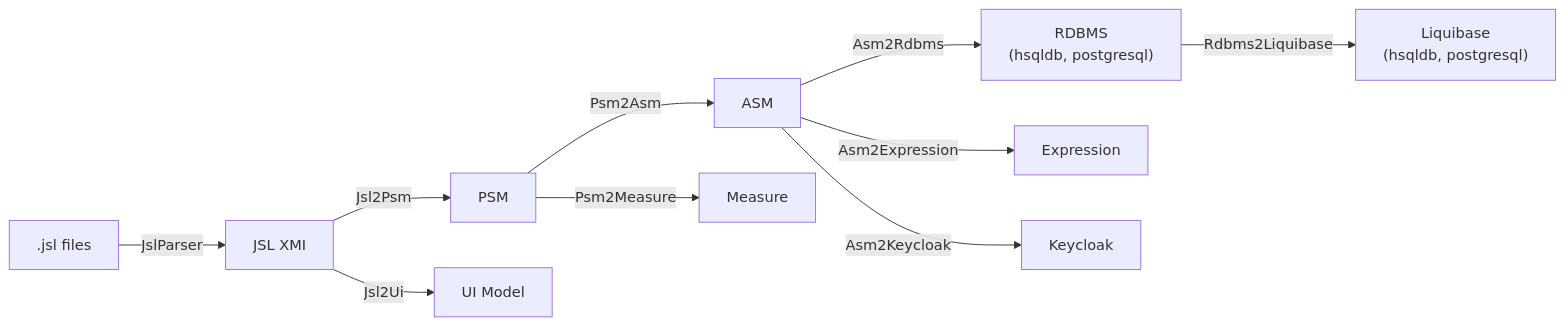
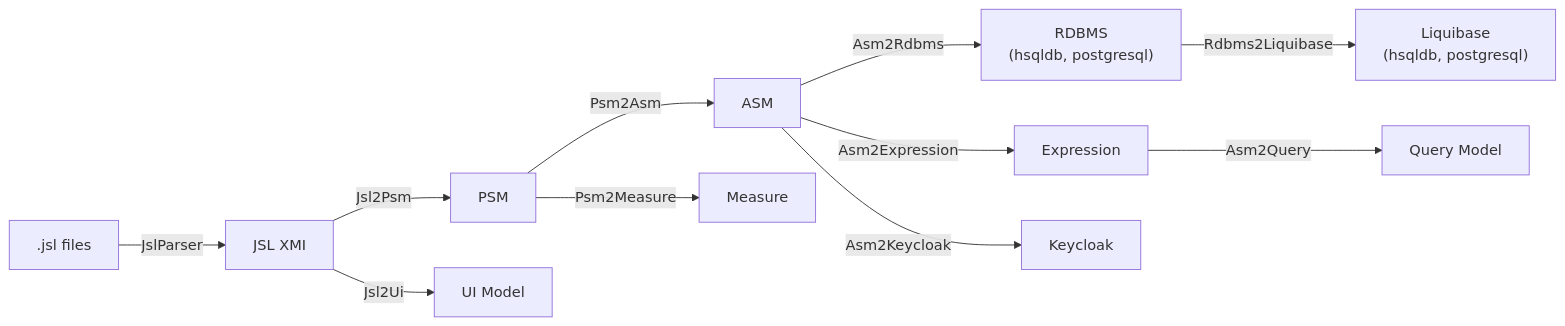
The diagram in docs/pages/judo-tatami-jsl-workflow-maven-plugin.md (BlackBeltTechnology/judo-tatami-jsl), drawn with Mermaid before and after one commit. The commit also changed other lines of this file and 688 other files, not shown here.

````diff
--- a/docs/pages/judo-tatami-jsl-workflow-maven-plugin.md
+++ b/docs/pages/judo-tatami-jsl-workflow-maven-plugin.md
@@ -35,12 +35,13 @@
 ```mermaid
 flowchart LR
     JslDsl[".jsl files"] -->|JslParser| JSL["JSL XMI"]
     JSL -->|Jsl2Psm| PSM
     JSL -->|Jsl2Ui| UI["UI Model"]
     PSM -->|Psm2Asm| ASM
     PSM -->|Psm2Measure| Measure
     ASM -->|Asm2Rdbms| RDBMS["RDBMS<br/>(hsqldb, postgresql)"]
     ASM -->|Asm2Expression| Expression
+    Expression -->|Asm2Query| Query["Query Model"]
     ASM -->|Asm2Keycloak| Keycloak
     RDBMS -->|Rdbms2Liquibase| Liquibase["Liquibase<br/>(hsqldb, postgresql)"]
 ```
````
